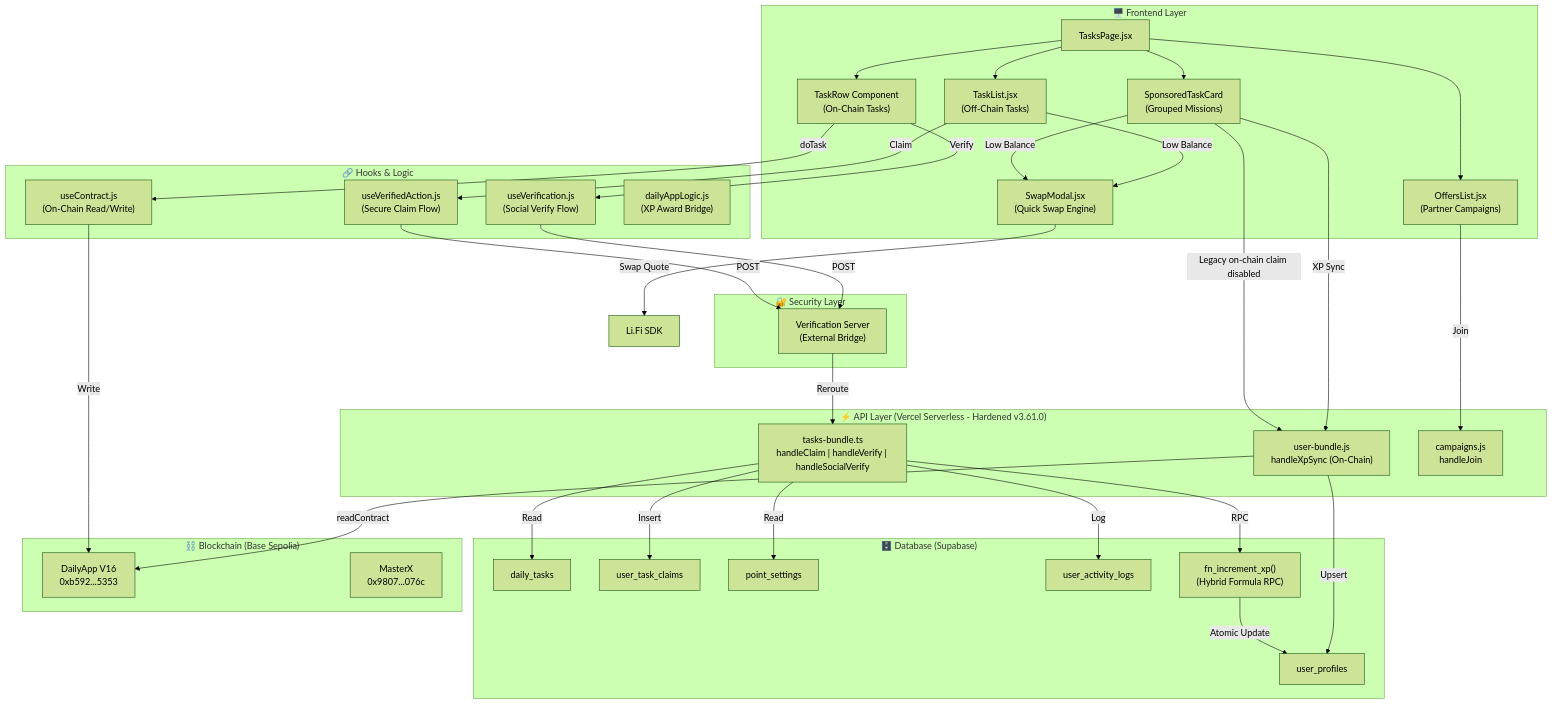
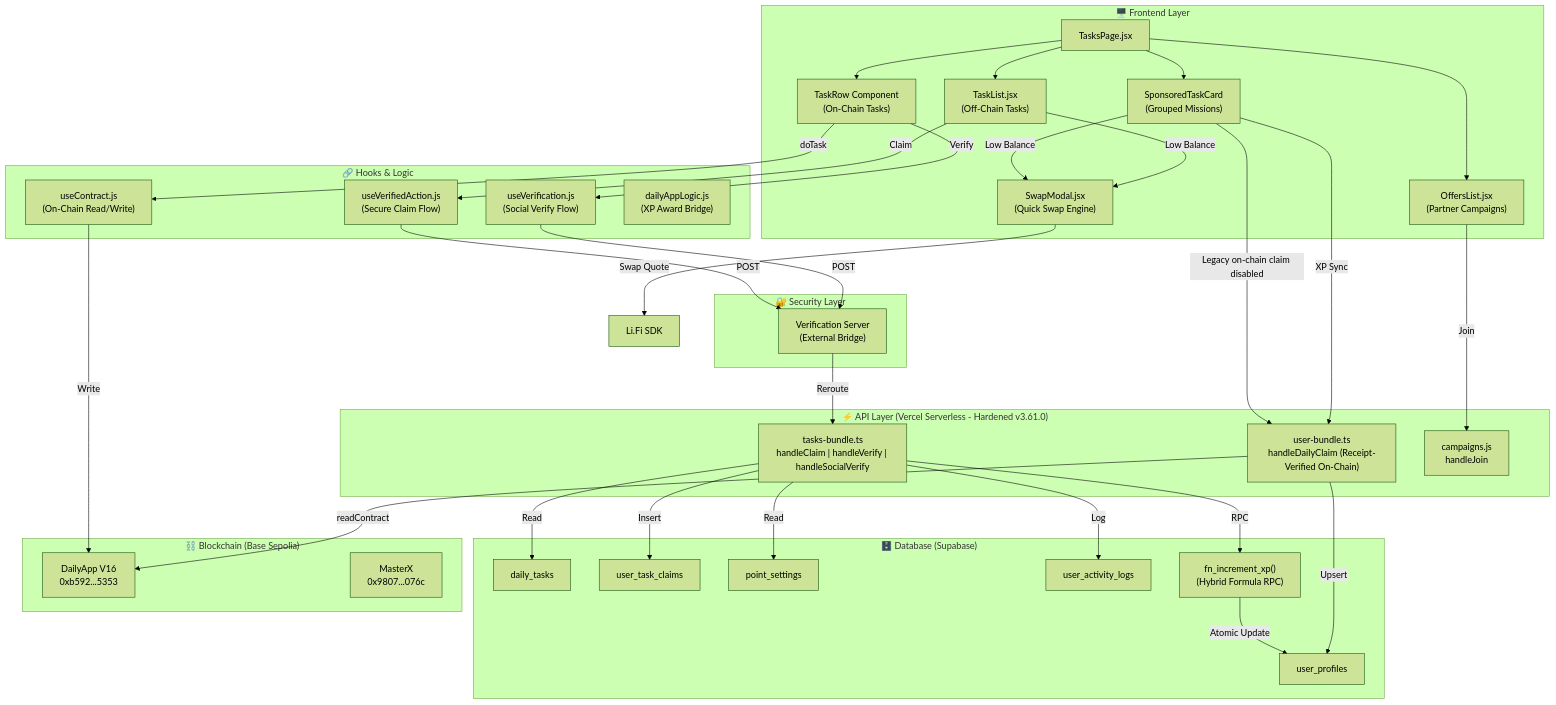
The first of 17 diagrams in PRD/DISCO_DAILY_MASTER_PRD.md (cryptodiscolab/Crypto_Discovery_App), drawn with Mermaid (forest theme) before and after one commit. The commit also changed other lines of this file and 26 other files, not shown here.

````diff
--- a/PRD/DISCO_DAILY_MASTER_PRD.md
+++ b/PRD/DISCO_DAILY_MASTER_PRD.md
@@ -624,63 +635,63 @@
 ```mermaid
 graph TB
     subgraph "🖥️ Frontend Layer"
         TP["TasksPage.jsx"]
         TL["TaskList.jsx<br/>(Off-Chain Tasks)"]
         TR["TaskRow Component<br/>(On-Chain Tasks)"]
         STC["SponsoredTaskCard<br/>(Grouped Missions)"]
         OL["OffersList.jsx<br/>(Partner Campaigns)"]
         SM["SwapModal.jsx<br/>(Quick Swap Engine)"]
     end
 
     subgraph "🔗 Hooks & Logic"
         UV["useVerification.js<br/>(Social Verify Flow)"]
         UVA["useVerifiedAction.js<br/>(Secure Claim Flow)"]
         UC["useContract.js<br/>(On-Chain Read/Write)"]
         DAL["dailyAppLogic.js<br/>(XP Award Bridge)"]
     end
 
     subgraph "⚡ API Layer (Vercel Serverless - Hardened v3.61.0)"
         TB["tasks-bundle.ts<br/>handleClaim | handleVerify | handleSocialVerify"]
-        UB["user-bundle.js<br/>handleXpSync (On-Chain)"]
+        UB["user-bundle.ts<br/>handleDailyClaim (Receipt-Verified On-Chain)"]
         CB["campaigns.js<br/>handleJoin"]
     end
 
     subgraph "🔐 Security Layer"
         VS["Verification Server<br/>(External Bridge)"]
     end
 
     subgraph "🗄️ Database (Supabase)"
         DT["daily_tasks"]
         UTC["user_task_claims"]
         UP["user_profiles"]
         PS["point_settings"]
         UAL["user_activity_logs"]
         FN["fn_increment_xp()<br/>(Hybrid Formula RPC)"]
     end
 
     subgraph "⛓️ Blockchain (Base Sepolia)"
         DA["DailyApp V16<br/>0xb592...5353"]
         MX["MasterX<br/>0x9807...076c"]
     end
 
     TP --> TL & TR & STC & OL
     TL -->|Claim| UVA -->|POST| VS
     TR -->|doTask| UC -->|Write| DA
     TR -->|Verify| UV -->|POST| VS
     STC -->|Legacy on-chain claim disabled| UB
     STC -->|XP Sync| UB
     OL -->|Join| CB
     SM -->|Swap Quote| LS[Li.Fi SDK]
     STC -->|Low Balance| SM
     TL -->|Low Balance| SM
 
     VS -->|Reroute| TB
     TB -->|Insert| UTC
     TB -->|RPC| FN
     TB -->|Read| PS & DT
     TB -->|Log| UAL
     FN -->|Atomic Update| UP
 
     UB -->|readContract| DA
     UB -->|Upsert| UP
 ```
````
